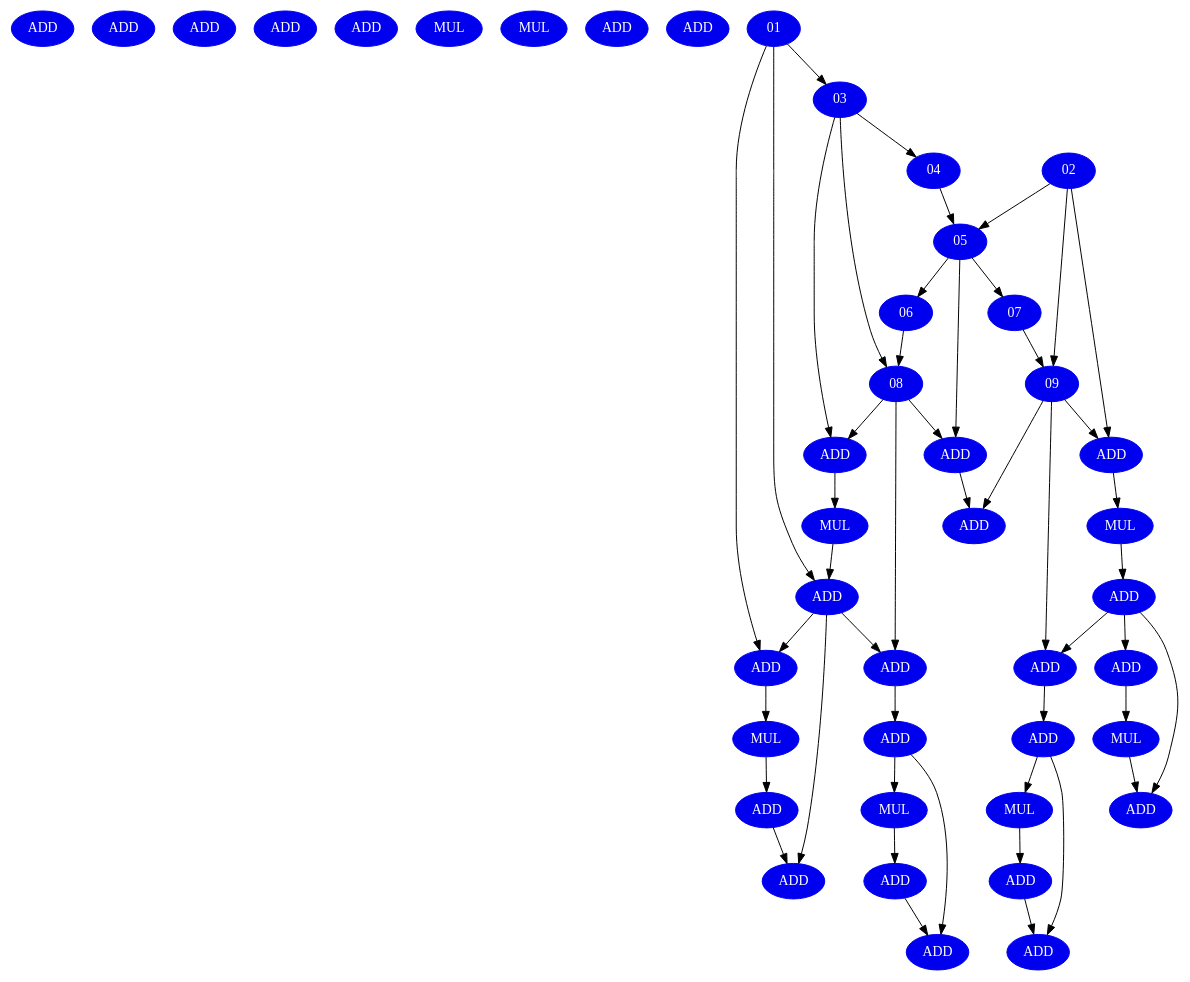
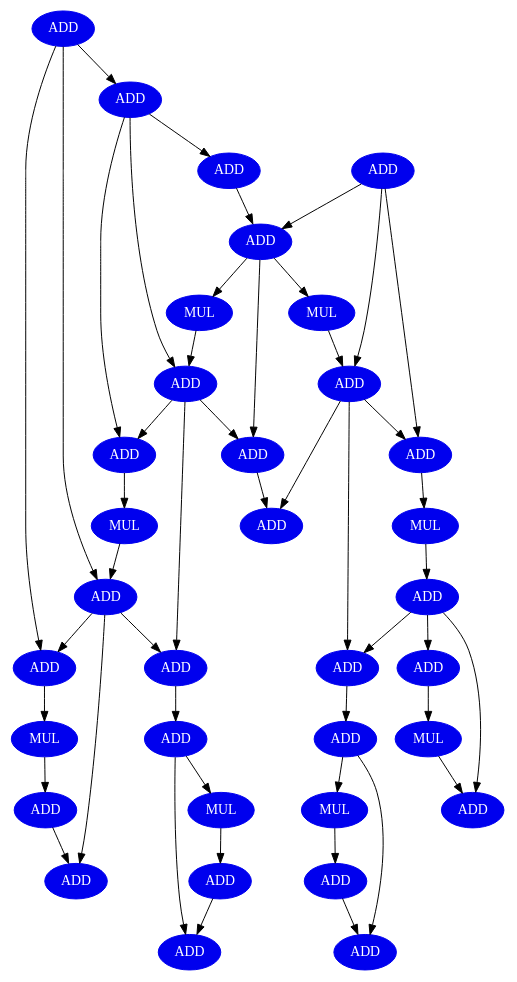
Before and after one commit to zephyr2k/project_nitd_clock: the diagram in benchmark/ewf.dot, drawn with Graphviz. The commit also changed 5 other files, not shown here.

```diff
--- a/benchmark/ewf.dot
+++ b/benchmark/ewf.dot
@@ -1,84 +1,84 @@
 digraph ewf {
     node [fontcolor=white,style=filled,color=blue2];
-     1 [label = ADD ];
-     2 [label = ADD ];
-     3 [label = ADD ];
-     4 [label = ADD ];
-     5 [label = ADD ];
-     6 [label = MUL ];
-     7 [label = MUL ];
-     8 [label = ADD ];
-     9 [label = ADD ];
+     01 [label = ADD ];
+     02 [label = ADD ];
+     03 [label = ADD ];
+     04 [label = ADD ];
+     05 [label = ADD ];
+     06 [label = MUL ];
+     07 [label = MUL ];
+     08 [label = ADD ];
+     09 [label = ADD ];
      10 [label = ADD ];
      11 [label = ADD ];
      12 [label = ADD ];
      13 [label = MUL ];
      14 [label = ADD ];
      15 [label = MUL ];
      16 [label = ADD ];
      17 [label = ADD ];
      18 [label = ADD ];
      19 [label = ADD ];
      20 [label = ADD ];
      21 [label = ADD ];
      22 [label = MUL ];
      23 [label = ADD ];
      24 [label = ADD ];
      25 [label = MUL ];
      26 [label = ADD ];
      27 [label = MUL ];
      28 [label = MUL ];
      29 [label = ADD ];
      30 [label = ADD ];
      31 [label = ADD ];
      32 [label = ADD ];
      33 [label = ADD ];
      34 [label = ADD ];
      01 -> 03 [ name=0 ];
      01 -> 16 [ name=1 ];
      01 -> 18 [ name=2 ];
      02 -> 05 [ name=3 ];
      02 -> 09 [ name=4 ];
      02 -> 12 [ name=5 ];
      03 -> 04 [ name=6 ];
      03 -> 08 [ name=7 ];
      03 -> 10 [ name=8 ];
      04 -> 05 [ name=9 ];
      05 -> 06 [ name=10 ];
      05 -> 07 [ name=11 ];
      05 -> 11 [ name=12 ];
      06 -> 08 [ name=13 ];
      07 -> 09 [ name=14 ];
      08 -> 10 [ name=15 ];
      08 -> 11 [ name=16 ];
      08 -> 19 [ name=17 ];
      09 -> 12 [ name=18 ];
      09 -> 14 [ name=19 ];
      09 -> 20 [ name=20 ];
      10 -> 13 [ name=21 ];
      11 -> 14 [ name=22 ];
      12 -> 15 [ name=23 ];
      13 -> 16 [ name=24 ];
      15 -> 17 [ name=25 ];
      16 -> 18 [ name=26 ];
      16 -> 19 [ name=27 ];
      16 -> 30 [ name=28 ];
      17 -> 20 [ name=29 ];
      17 -> 21 [ name=30 ];
      17 -> 29 [ name=31 ];
      18 -> 22 [ name=32 ];
      19 -> 23 [ name=33 ];
      20 -> 24 [ name=34 ];
      21 -> 25 [ name=35 ];
      22 -> 26 [ name=36 ];
      23 -> 27 [ name=37 ];
      23 -> 33 [ name=38 ];
      24 -> 28 [ name=39 ];
      24 -> 34 [ name=40 ];
      25 -> 29 [ name=41 ];
      26 -> 30 [ name=42 ];
      27 -> 31 [ name=43 ];
      28 -> 32 [ name=44 ];
      31 -> 33 [ name=45 ];
      32 -> 34 [ name=46 ];
 }
```
